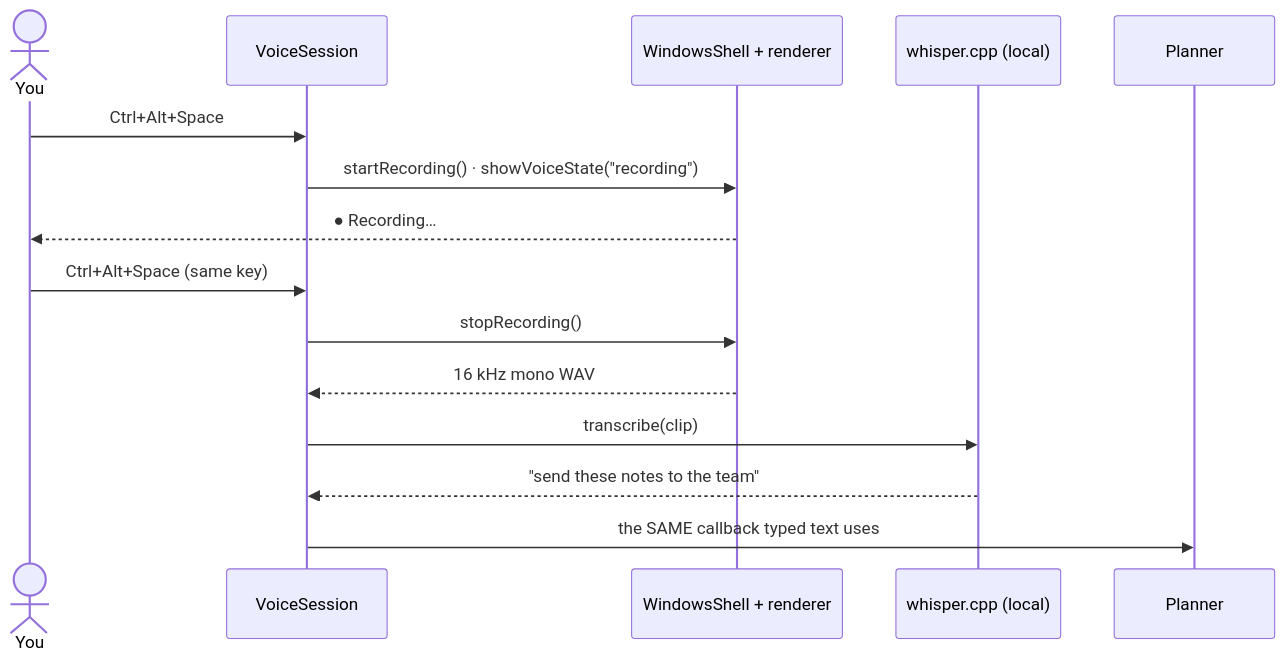
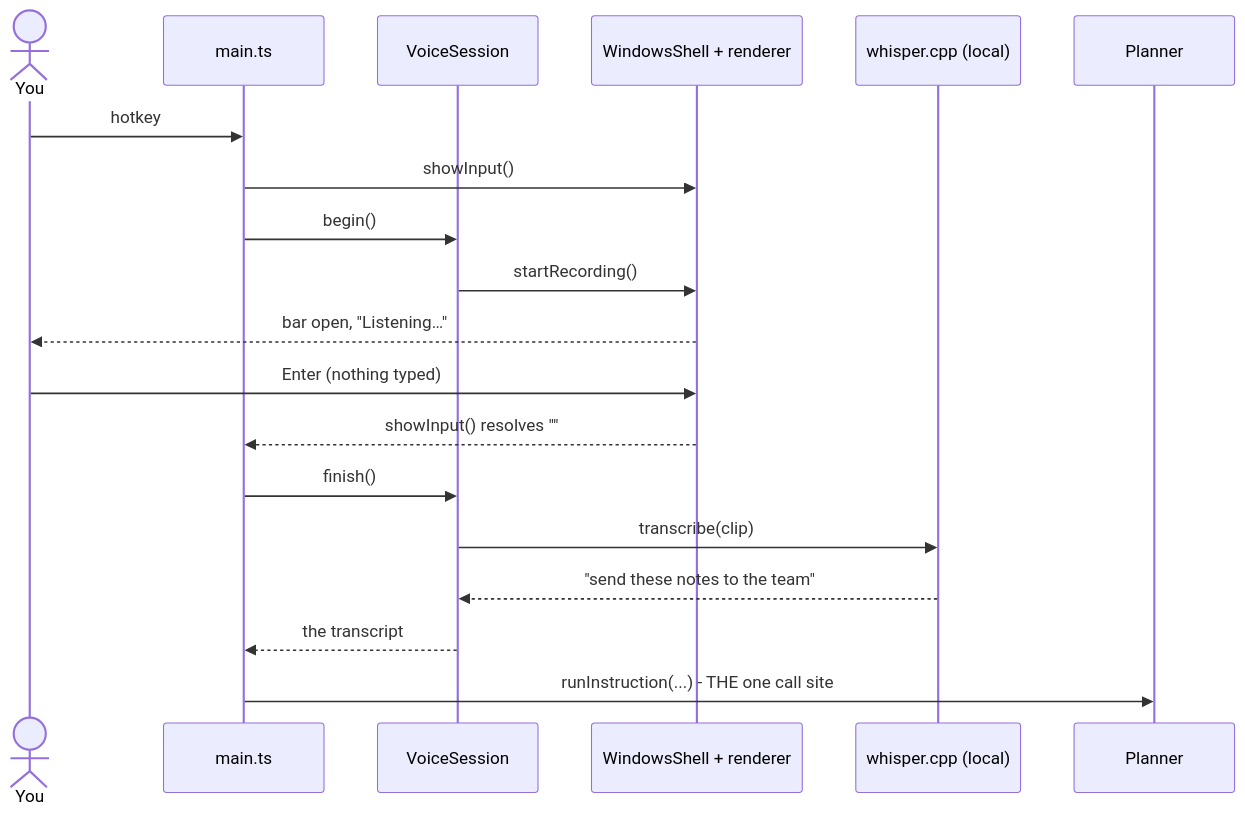
Before and after one commit to Sejall-089/voice-agent: the fifth of 6 diagrams in ARCHITECTURE.md, drawn with Mermaid. The commit also changed other lines of this file and 13 other files, not shown here.

First line of the commit message:
Collapse to one hotkey, and fix a duplicate-run bug on the shared path

````diff
--- a/ARCHITECTURE.md
+++ b/ARCHITECTURE.md
@@ -171,18 +171,22 @@
 ```mermaid
 sequenceDiagram
     actor You
+    participant Main as main.ts
     participant Session as VoiceSession
     participant Shell as WindowsShell + renderer
     participant Whisper as whisper.cpp (local)
     participant Planner
 
-    You->>Session: Ctrl+Alt+Space
-    Session->>Shell: startRecording() · showVoiceState("recording")
-    Shell-->>You: ● Recording…
-    You->>Session: Ctrl+Alt+Space (same key)
-    Session->>Shell: stopRecording()
-    Shell-->>Session: 16 kHz mono WAV
+    You->>Main: hotkey
+    Main->>Shell: showInput()
+    Main->>Session: begin()
+    Session->>Shell: startRecording()
+    Shell-->>You: bar open, "Listening…"
+    You->>Shell: Enter (nothing typed)
+    Shell-->>Main: showInput() resolves ""
+    Main->>Session: finish()
     Session->>Whisper: transcribe(clip)
     Whisper-->>Session: "send these notes to the team"
-    Session->>Planner: the SAME callback typed text uses
+    Session-->>Main: the transcript
+    Main->>Planner: runInstruction(...) - THE one call site
 ```
````
